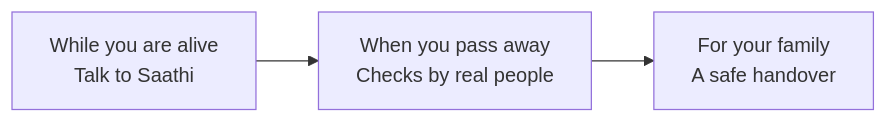
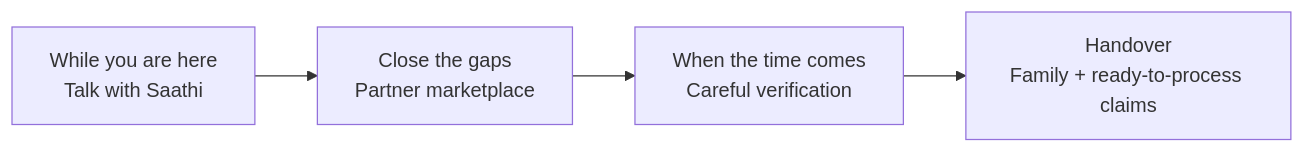
Before and after one commit to sachiachar/anvaya: the diagram in docs/concept.md, drawn with Mermaid. The commit also changed other lines of this file and 16 other files, not shown here.

````diff
--- a/docs/concept.md
+++ b/docs/concept.md
@@ -37,5 +91,6 @@
 ```mermaid
 flowchart LR
-    A["While you are alive<br/>Talk to Saathi"] --> B["When you pass away<br/>Checks by real people"]
-    B --> C["For your family<br/>A safe handover"]
+    A["While you are here<br/>Talk with Saathi"] --> B["Close the gaps<br/>Partner marketplace"]
+    B --> C["When the time comes<br/>Careful verification"]
+    C --> D["Handover<br/>Family + ready-to-process claims"]
 ```
````
